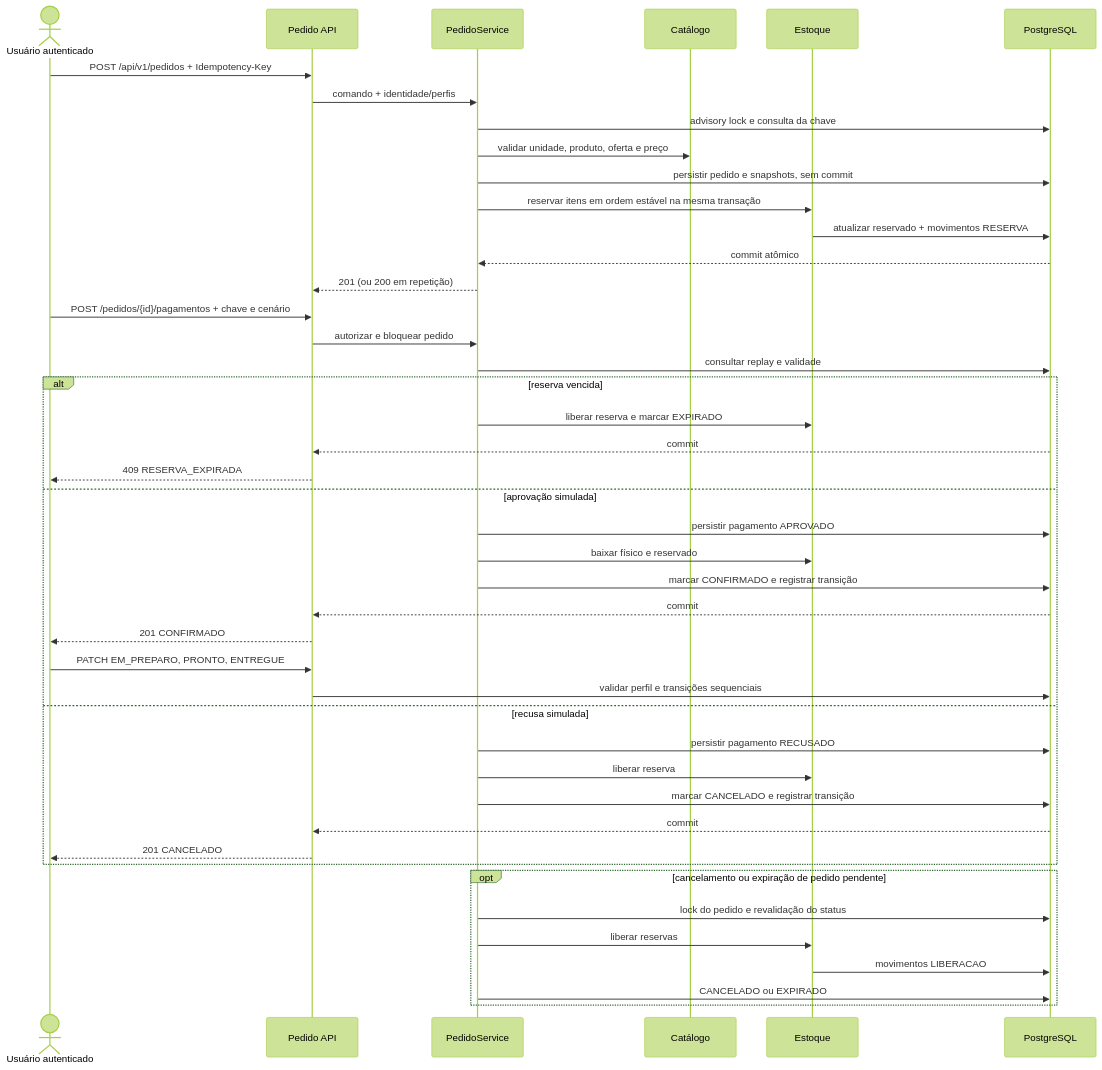
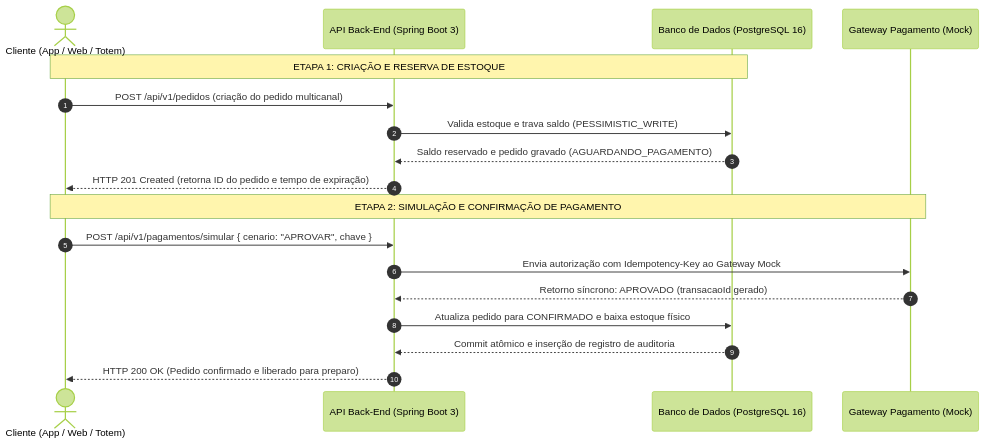
One commit to 1guilherme1python1/raizes-do-nordeste changed the diagram in docs/architecture/diagrams/order-reservation-sequence.mmd. Above: the diagram before and after it, drawn with Mermaid (forest theme).

Commit message:
docs(diagrams): atualiza fonte mermaid do diagrama de sequencia

```diff
--- a/docs/architecture/diagrams/order-reservation-sequence.mmd
+++ b/docs/architecture/diagrams/order-reservation-sequence.mmd
@@ -1,46 +1,20 @@
 sequenceDiagram
-    actor U as Usuário autenticado
-    participant API as Pedido API
-    participant P as PedidoService
-    participant C as Catálogo
-    participant E as Estoque
-    participant DB as PostgreSQL
-    U->>API: POST /api/v1/pedidos + Idempotency-Key
-    API->>P: comando + identidade/perfis
-    P->>DB: advisory lock e consulta da chave
-    P->>C: validar unidade, produto, oferta e preço
-    P->>DB: persistir pedido e snapshots, sem commit
-    P->>E: reservar itens em ordem estável na mesma transação
-    E->>DB: atualizar reservado + movimentos RESERVA
-    DB-->>P: commit atômico
-    P-->>API: 201 (ou 200 em repetição)
+    autonumber
+    actor Cliente as Cliente (App / Web / Totem)
+    participant API as API Back-End (Spring Boot 3)
+    participant DB as Banco de Dados (PostgreSQL 16)
+    participant GW as Gateway Pagamento (Mock)
 
-    U->>API: POST /pedidos/{id}/pagamentos + chave e cenário
-    API->>P: autorizar e bloquear pedido
-    P->>DB: consultar replay e validade
-    alt reserva vencida
-        P->>E: liberar reserva e marcar EXPIRADO
-        DB-->>API: commit
-        API-->>U: 409 RESERVA_EXPIRADA
-    else aprovação simulada
-        P->>DB: persistir pagamento APROVADO
-        P->>E: baixar físico e reservado
-        P->>DB: marcar CONFIRMADO e registrar transição
-        DB-->>API: commit
-        API-->>U: 201 CONFIRMADO
-        U->>API: PATCH EM_PREPARO, PRONTO, ENTREGUE
-        API->>DB: validar perfil e transições sequenciais
-    else recusa simulada
-        P->>DB: persistir pagamento RECUSADO
-        P->>E: liberar reserva
-        P->>DB: marcar CANCELADO e registrar transição
-        DB-->>API: commit
-        API-->>U: 201 CANCELADO
-    end
+    Note over Cliente,DB: ETAPA 1: CRIAÇÃO E RESERVA DE ESTOQUE
+    Cliente->>API: POST /api/v1/pedidos (criação do pedido multicanal)
+    API->>DB: Valida estoque e trava saldo (PESSIMISTIC_WRITE)
+    DB-->>API: Saldo reservado e pedido gravado (AGUARDANDO_PAGAMENTO)
+    API-->>Cliente: HTTP 201 Created (retorna ID do pedido e tempo de expiração)
 
-    opt cancelamento ou expiração de pedido pendente
-        P->>DB: lock do pedido e revalidação do status
-        P->>E: liberar reservas
-        E->>DB: movimentos LIBERACAO
-        P->>DB: CANCELADO ou EXPIRADO
-    end
+    Note over Cliente,GW: ETAPA 2: SIMULAÇÃO E CONFIRMAÇÃO DE PAGAMENTO
+    Cliente->>API: POST /api/v1/pagamentos/simular { cenario: "APROVAR", chave }
+    API->>GW: Envia autorização com Idempotency-Key ao Gateway Mock
+    GW-->>API: Retorno síncrono: APROVADO (transacaoId gerado)
+    API->>DB: Atualiza pedido para CONFIRMADO e baixa estoque físico
+    DB-->>API: Commit atômico e inserção de registro de auditoria
+    API-->>Cliente: HTTP 200 OK (Pedido confirmado e liberado para preparo)
```
